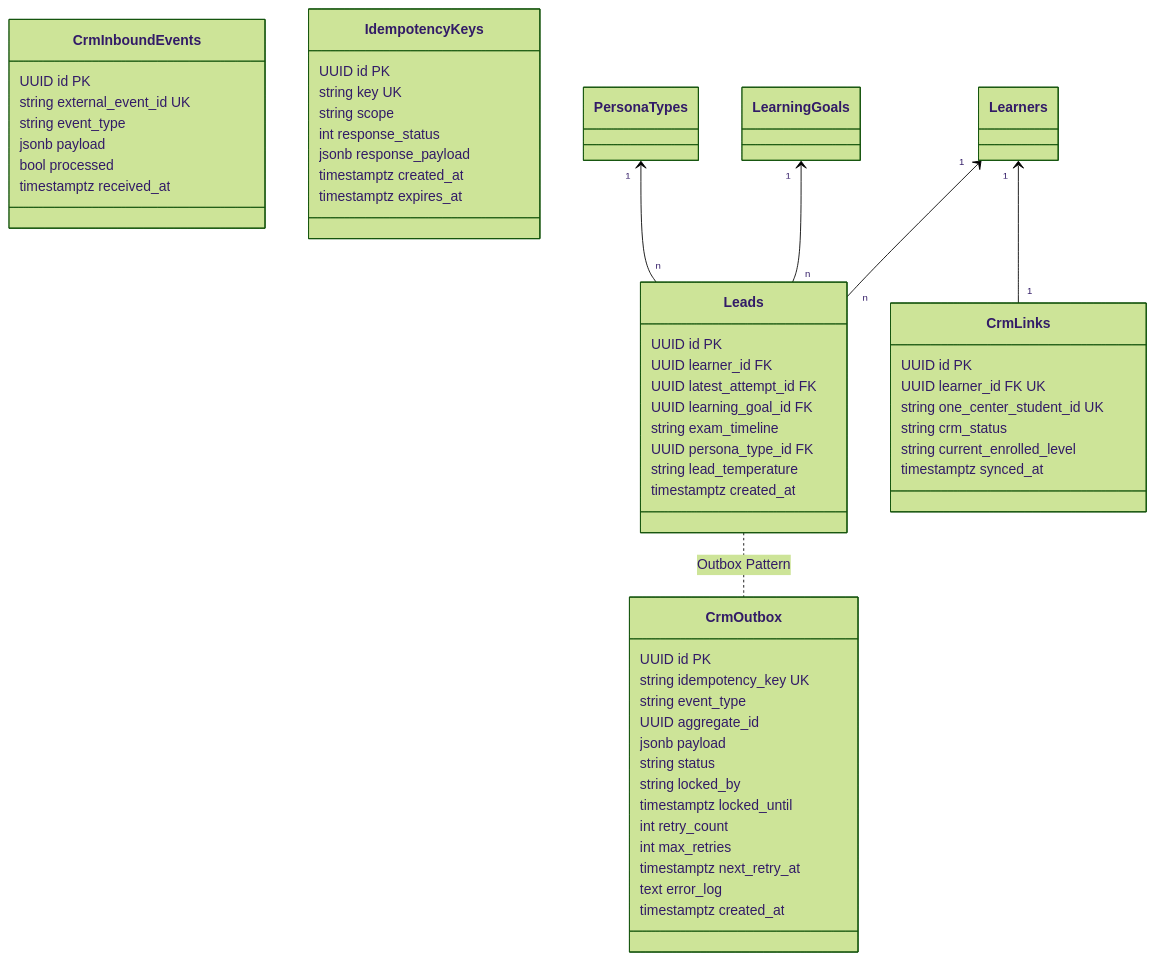
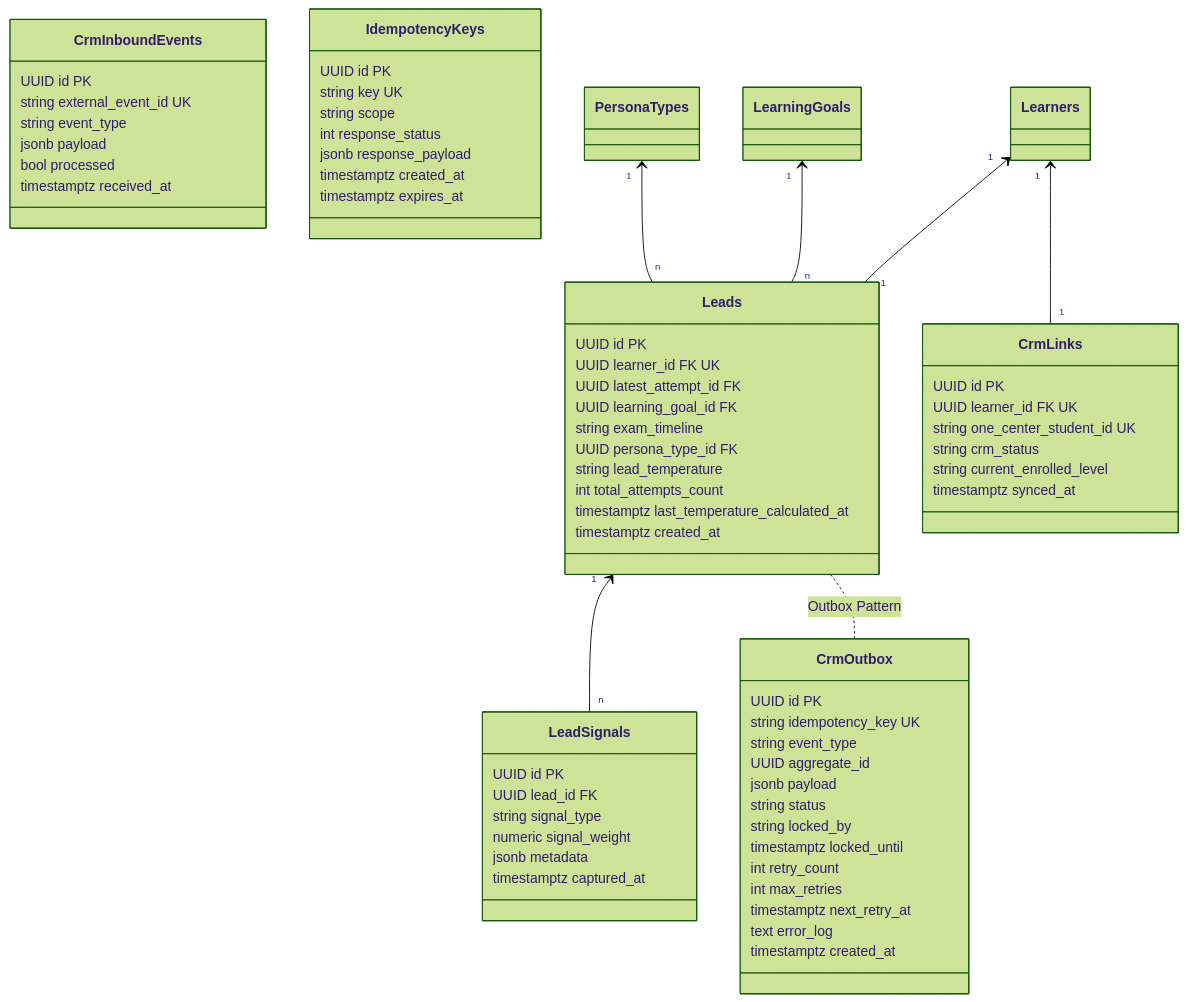
The fourth of 6 diagrams in docs/architecture/02-data-model.md (hoangthanhpro97/shd-tuhoctiengduc), drawn with Mermaid (forest theme) before and after one commit. The commit also changed other lines of this file, not shown here.

Commit message:
docs(architecture): update data model to v1.2 with security definer functions, section timers, and signals

````diff
--- a/docs/architecture/02-data-model.md
+++ b/docs/architecture/02-data-model.md
@@ -349,60 +349,71 @@
 ```mermaid
 classDiagram
     direction TB
     class Leads {
         UUID id PK
-        UUID learner_id FK
+        UUID learner_id FK UK
         UUID latest_attempt_id FK
         UUID learning_goal_id FK
         string exam_timeline
         UUID persona_type_id FK
         string lead_temperature
+        int total_attempts_count
+        timestamptz last_temperature_calculated_at
         timestamptz created_at
+    }
+    class LeadSignals {
+        UUID id PK
+        UUID lead_id FK
+        string signal_type
+        numeric signal_weight
+        jsonb metadata
+        timestamptz captured_at
     }
     class CrmOutbox {
         UUID id PK
         string idempotency_key UK
         string event_type
         UUID aggregate_id
         jsonb payload
         string status
         string locked_by
         timestamptz locked_until
         int retry_count
         int max_retries
         timestamptz next_retry_at
         text error_log
         timestamptz created_at
     }
     class CrmLinks {
         UUID id PK
         UUID learner_id FK UK
         string one_center_student_id UK
         string crm_status
         string current_enrolled_level
         timestamptz synced_at
     }
     class CrmInboundEvents {
         UUID id PK
         string external_event_id UK
         string event_type
         jsonb payload
         bool processed
         timestamptz received_at
     }
     class IdempotencyKeys {
         UUID id PK
         string key UK
         string scope
         int response_status
         jsonb response_payload
         timestamptz created_at
         timestamptz expires_at
     }
 
-    Learners "1" <-- "n" Leads
+    Learners "1" <-- "1" Leads
+    Leads "1" <-- "n" LeadSignals
     LearningGoals "1" <-- "n" Leads
     PersonaTypes "1" <-- "n" Leads
     Learners "1" <-- "1" CrmLinks
     Leads .. CrmOutbox : Outbox Pattern
 ```
````
